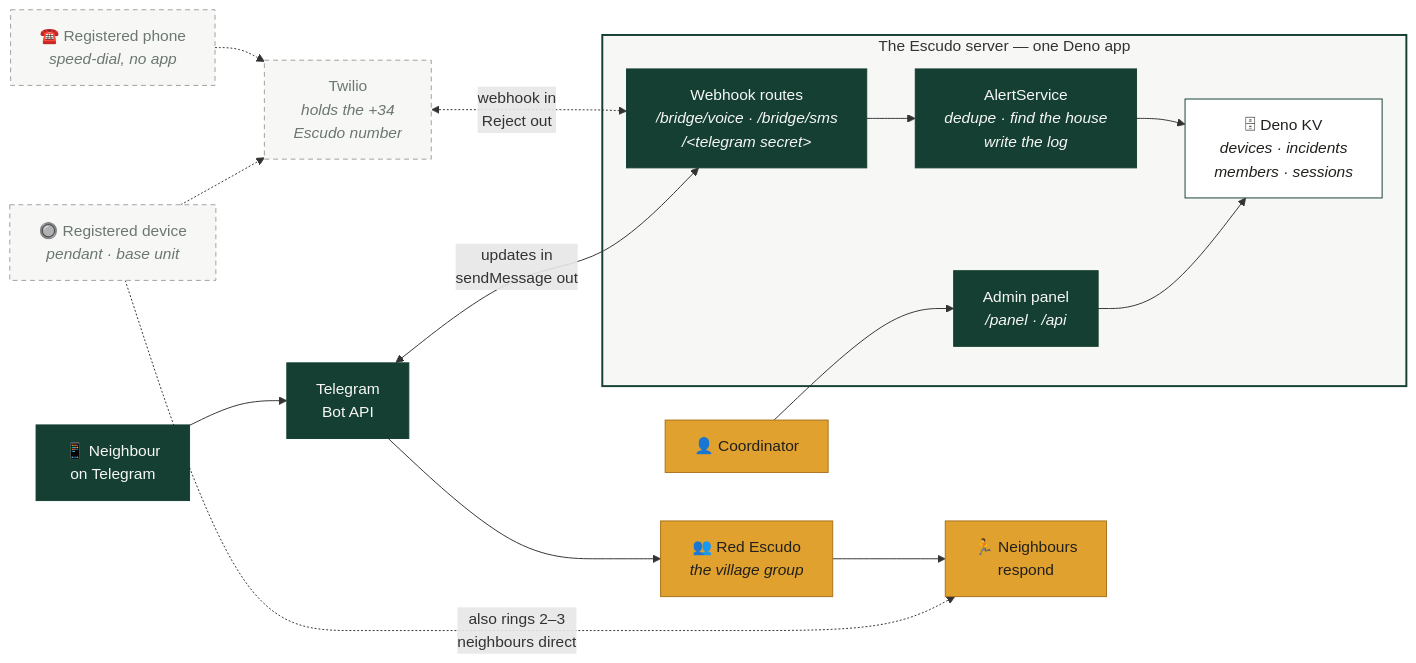
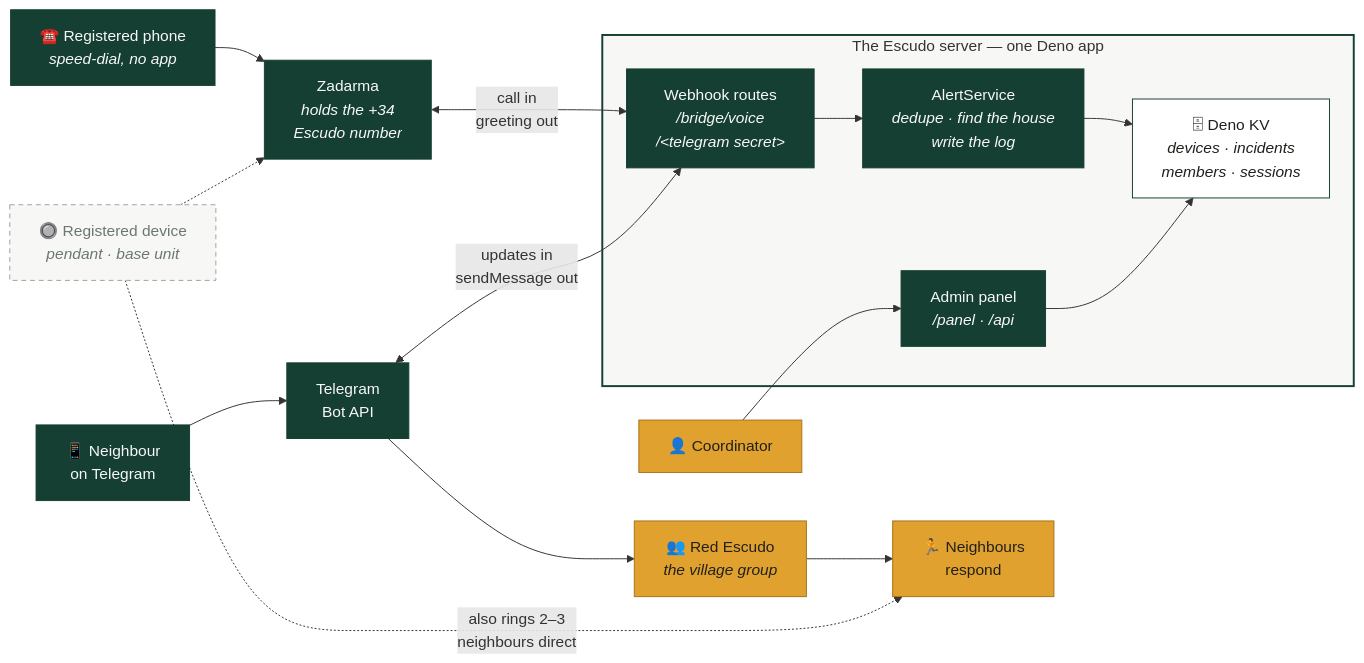
One commit to jpincas/escudo changed the diagram in website/content/en/technology/_index.md. Above: the diagram before and after it, drawn with Mermaid. The commit also changed other lines of this file and 18 other files, not shown here.

````diff
--- a/website/content/en/technology/_index.md
+++ b/website/content/en/technology/_index.md
@@ -15,43 +15,43 @@
 ```mermaid
 flowchart LR
   ph["☎️ Registered phone<br/><i>speed-dial, no app</i>"]
   dev["🔘 Registered device<br/><i>pendant · base unit</i>"]
   tg["📱 Neighbour<br/>on Telegram"]
 
-  tw["Twilio<br/><i>holds the +34<br/>Escudo number</i>"]
+  tw["Zadarma<br/><i>holds the +34<br/>Escudo number</i>"]
   tgapi["Telegram<br/>Bot API"]
 
   subgraph srv["The Escudo server — one Deno app"]
-    routes["Webhook routes<br/><i>/bridge/voice · /bridge/sms<br/>/&lt;telegram secret&gt;</i>"]
+    routes["Webhook routes<br/><i>/bridge/voice<br/>/&lt;telegram secret&gt;</i>"]
     core["AlertService<br/><i>dedupe · find the house<br/>write the log</i>"]
     web["Admin panel<br/><i>/panel · /api</i>"]
     kv["🗄 Deno KV<br/><i>devices · incidents<br/>members · sessions</i>"]
     routes --> core
     core --> kv
     web --> kv
   end
 
   group["👥 Red Escudo<br/><i>the village group</i>"]
   nb["🏃 Neighbours<br/>respond"]
   coord["👤 Coordinator"]
 
-  ph -.-> tw
+  ph --> tw
   dev -.-> tw
   tg --> tgapi
-  tw <-.->|"webhook in<br/>Reject out"| routes
+  tw <-->|"call in<br/>greeting out"| routes
   tgapi <-->|"updates in<br/>sendMessage out"| routes
   tgapi --> group
   group --> nb
   dev -.->|"also rings 2–3<br/>neighbours direct"| nb
   coord --> web
 
   classDef done fill:#153f32,stroke:#153f32,color:#f7f8f6
   classDef todo fill:#f7f8f6,stroke:#9aa39b,color:#6b7770,stroke-dasharray:5 4
   classDef out fill:#e0a12e,stroke:#a9701a,color:#22201c
   classDef store fill:#ffffff,stroke:#153f32,color:#22201c
-  class tg,tgapi,routes,core,web done
-  class ph,dev,tw todo
+  class tg,tgapi,routes,core,web,ph,tw done
+  class dev todo
   class group,nb,coord out
   class kv store
   style srv fill:#f7f8f6,stroke:#153f32,stroke-width:2px
 ```
````
